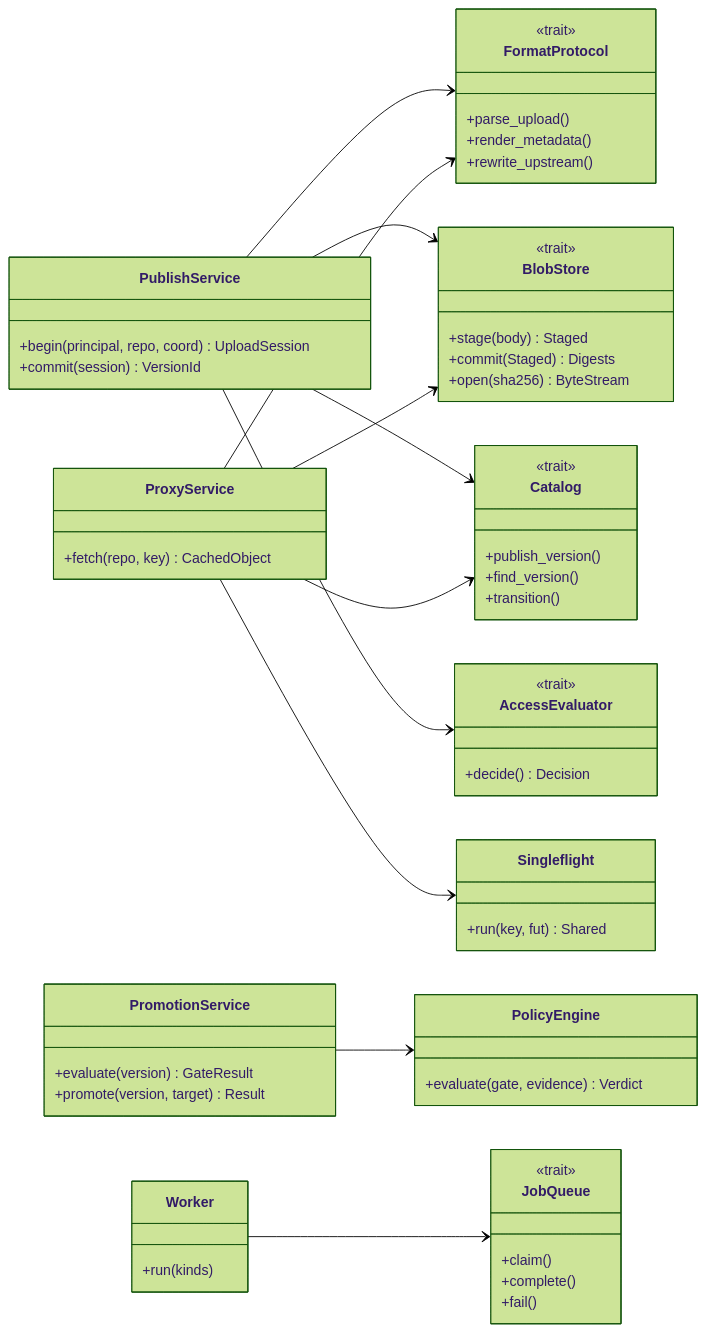
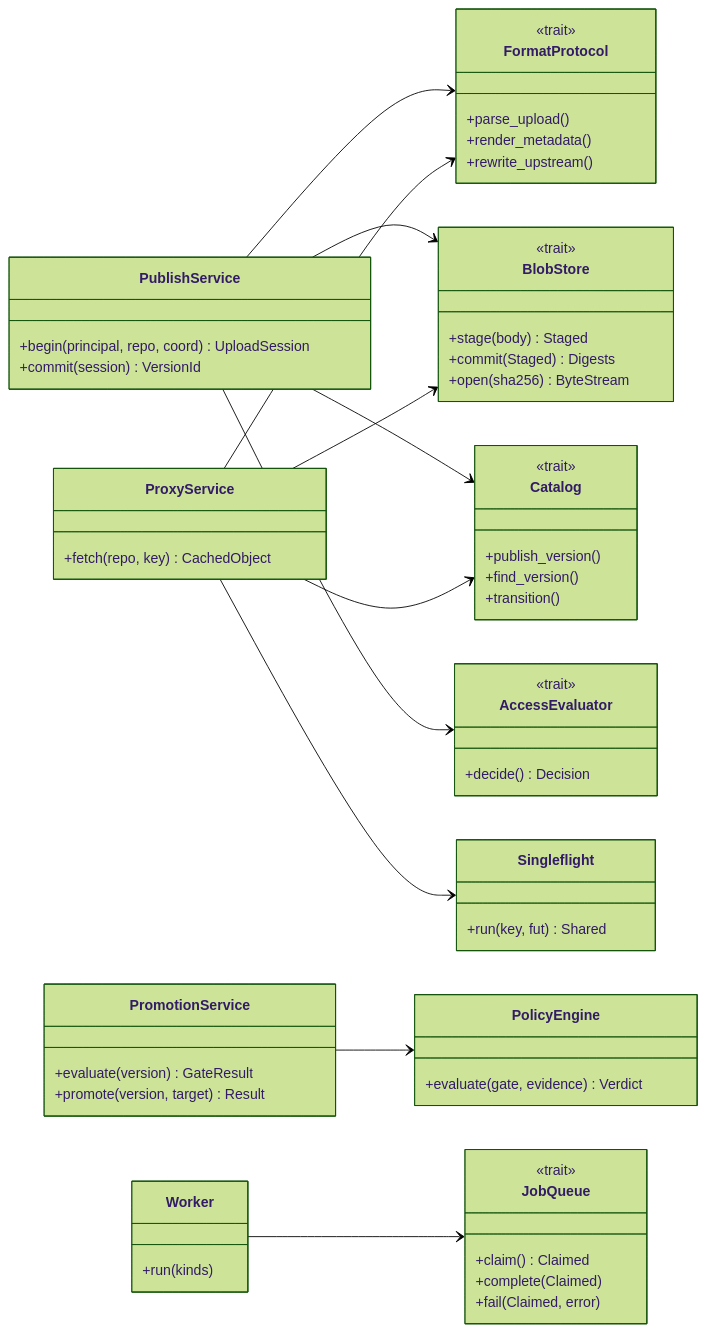
The diagram in docs/product/08-c4-l4-code.md (izevg/CRANE), drawn with Mermaid (forest theme) before and after one commit. The commit also changed other lines of this file and 2 other files, not shown here.

Commit message:
docs(product): make job claim a consumable token in JobQueue

````diff
--- a/docs/product/08-c4-l4-code.md
+++ b/docs/product/08-c4-l4-code.md
@@ -159,62 +161,62 @@
 ```mermaid
 classDiagram
   direction LR
   class PublishService {
     +begin(principal, repo, coord) UploadSession
     +commit(session) VersionId
   }
   class ProxyService {
     +fetch(repo, key) CachedObject
   }
   class PromotionService {
     +evaluate(version) GateResult
     +promote(version, target) Result
   }
   class FormatProtocol {
     <<trait>>
     +parse_upload()
     +render_metadata()
     +rewrite_upstream()
   }
   class BlobStore {
     <<trait>>
     +stage(body) Staged
     +commit(Staged) Digests
     +open(sha256) ByteStream
   }
   class Catalog {
     <<trait>>
     +publish_version()
     +find_version()
     +transition()
   }
   class AccessEvaluator {
     <<trait>>
     +decide() Decision
   }
   class JobQueue {
     <<trait>>
-    +claim()
-    +complete()
-    +fail()
+    +claim() Claimed
+    +complete(Claimed)
+    +fail(Claimed, error)
   }
   class Worker {
     +run(kinds)
   }
   class Singleflight {
     +run(key, fut) Shared
   }
   class PolicyEngine {
     +evaluate(gate, evidence) Verdict
   }
   PublishService --> FormatProtocol
   PublishService --> BlobStore
   PublishService --> Catalog
   PublishService --> AccessEvaluator
   ProxyService --> FormatProtocol
   ProxyService --> BlobStore
   ProxyService --> Catalog
   ProxyService --> Singleflight
   PromotionService --> PolicyEngine
   Worker --> JobQueue
 ```
````
